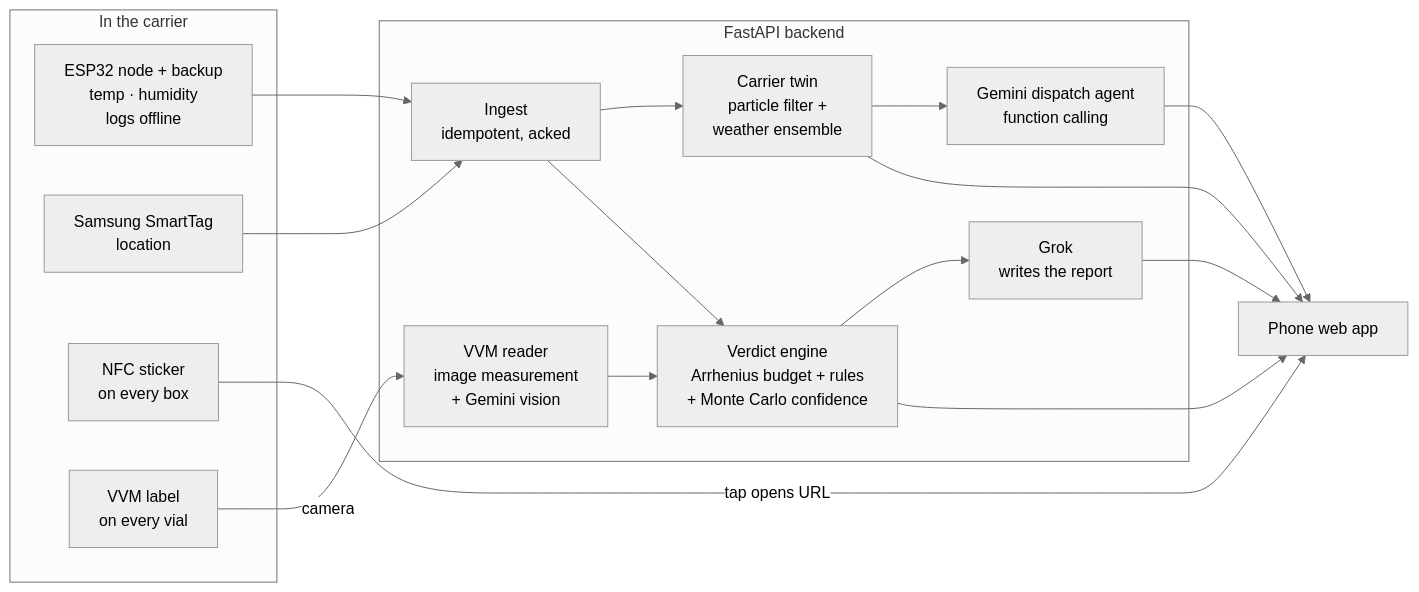
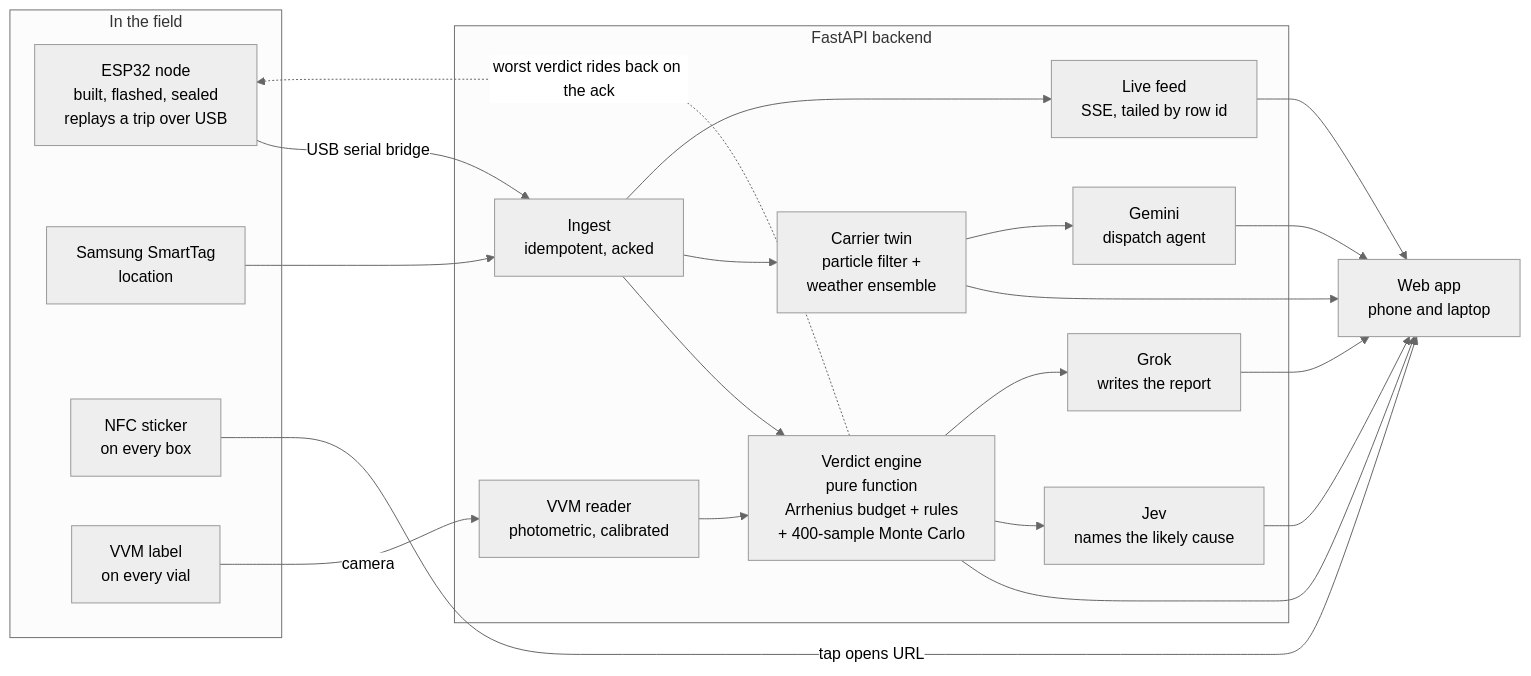
The diagram in README.md (SoumilBhandari/SecuriVax), drawn with Mermaid (neutral theme) before and after one commit. The commit also changed other lines of this file and 7 other files, not shown here.

````diff
--- a/README.md
+++ b/README.md
@@ -49,24 +52,31 @@
 ```mermaid
 flowchart LR
-    subgraph field[In the carrier]
-        N["ESP32 node + backup<br/>temp · humidity<br/>logs offline"]
+    subgraph field[In the field]
+        N["ESP32 node<br/>built, flashed, sealed<br/>replays a trip over USB"]
         S["Samsung SmartTag<br/>location"]
         T["NFC sticker<br/>on every box"]
         V["VVM label<br/>on every vial"]
     end
     subgraph api[FastAPI backend]
         I["Ingest<br/>idempotent, acked"]
-        E["Verdict engine<br/>Arrhenius budget + rules<br/>+ Monte Carlo confidence"]
+        E["Verdict engine<br/>pure function<br/>Arrhenius budget + rules<br/>+ 400-sample Monte Carlo"]
         TW["Carrier twin<br/>particle filter +<br/>weather ensemble"]
-        CV["VVM reader<br/>image measurement<br/>+ Gemini vision"]
-        AG["Gemini dispatch agent<br/>function calling"]
+        CV["VVM reader<br/>photometric, calibrated"]
+        LV["Live feed<br/>SSE, tailed by row id"]
+        AG["Gemini<br/>dispatch agent"]
+        J["Jev<br/>names the likely cause"]
         X["Grok<br/>writes the report"]
     end
-    P["Phone web app"]
-    N --> I --> E --> P
-    S --> I --> TW --> P
+    P["Web app<br/>phone and laptop"]
+    N -- USB serial bridge --> I
+    S --> I
+    I --> E --> P
+    I --> TW --> P
+    I --> LV --> P
     V -- camera --> CV --> E
     TW --> AG --> P
     T -- tap opens URL --> P
+    E --> J --> P
     E --> X --> P
+    E -. worst verdict rides back on the ack .-> N
 ```
````
